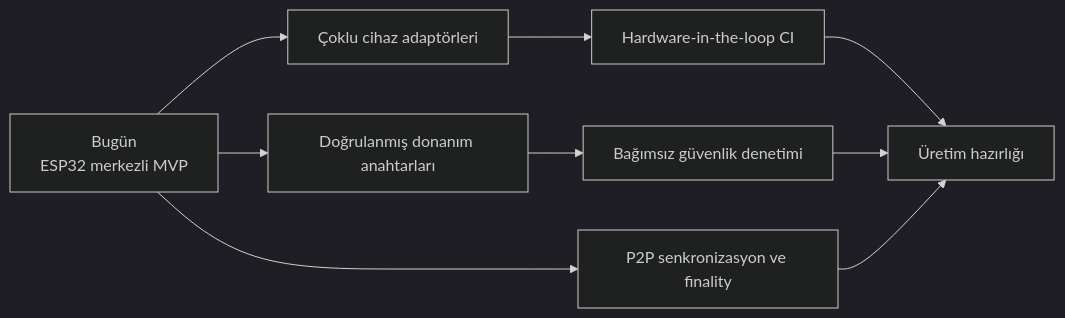
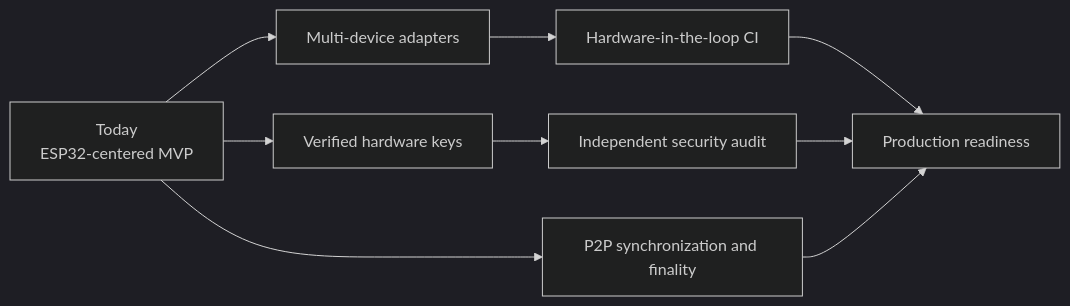
Diagram 15 of 15 in README.md (UfkuAcik/Embedded_Proof-of-Device_Network), drawn with Mermaid (dark theme) before and after one commit. The commit also changed other lines of this file, not shown here.

````diff
--- a/README.md
+++ b/README.md
@@ -878,11 +895,11 @@
 ```mermaid
 flowchart LR
-    MVP["Bugün<br/>ESP32 merkezli MVP"] --> PORT["Çoklu cihaz adaptörleri"]
-    MVP --> HWKEY["Doğrulanmış donanım anahtarları"]
+    MVP["Today<br/>ESP32-centered MVP"] --> PORT["Multi-device adapters"]
+    MVP --> HWKEY["Verified hardware keys"]
     PORT --> HITL["Hardware-in-the-loop CI"]
-    HWKEY --> AUDIT["Bağımsız güvenlik denetimi"]
-    MVP --> P2P["P2P senkronizasyon ve finality"]
-    HITL --> PROD["Üretim hazırlığı"]
+    HWKEY --> AUDIT["Independent security audit"]
+    MVP --> P2P["P2P synchronization and finality"]
+    HITL --> PROD["Production readiness"]
     AUDIT --> PROD
     P2P --> PROD
 ```
````
